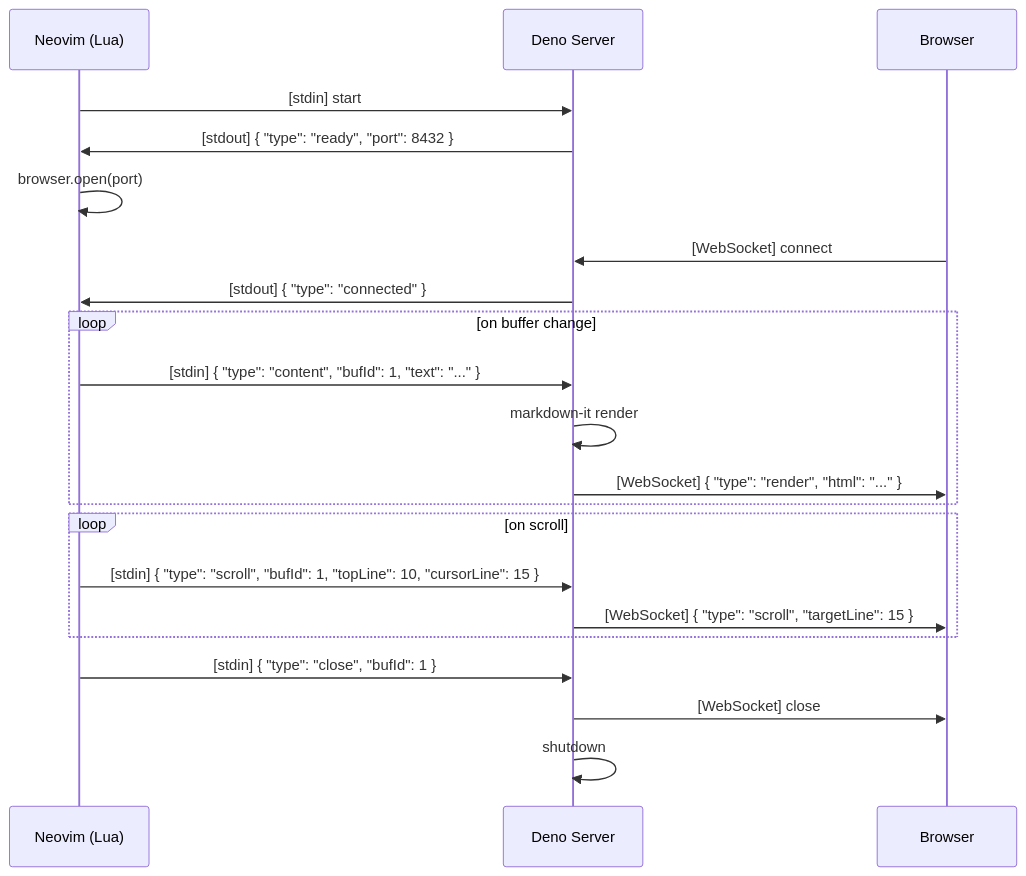
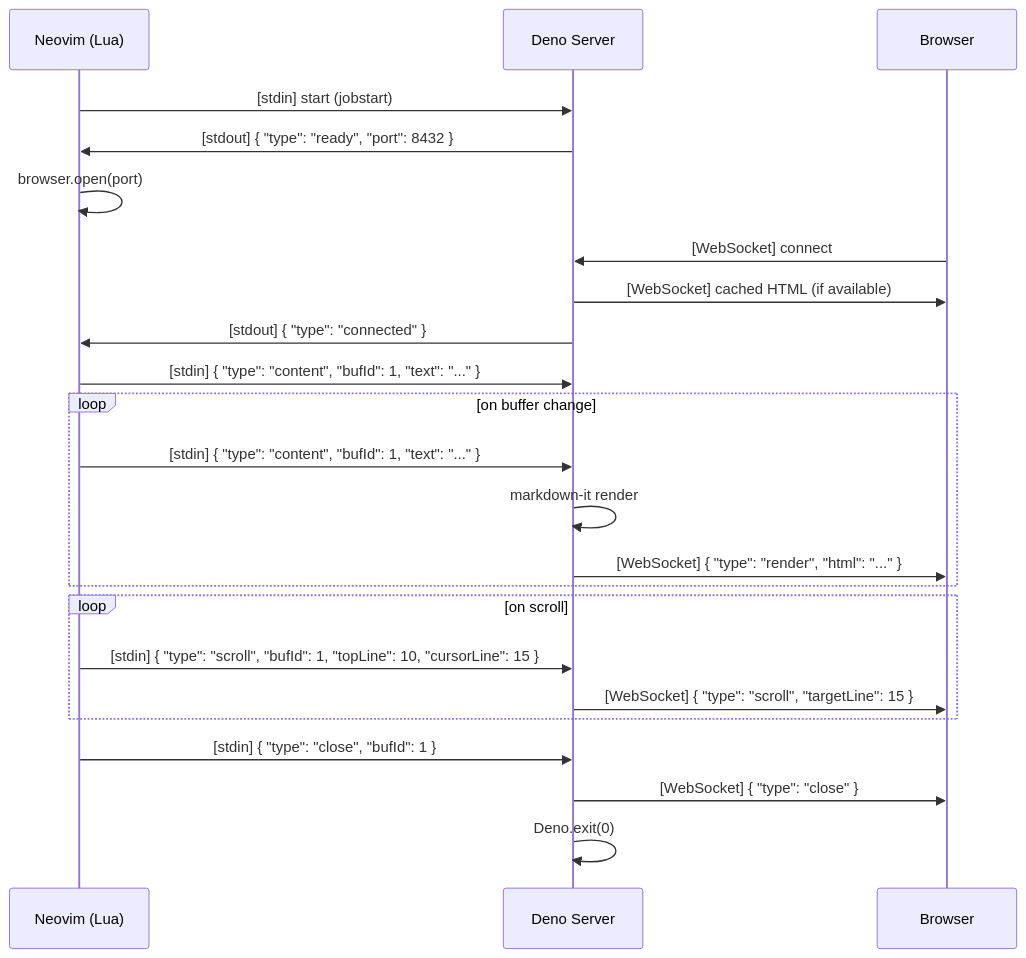
One commit to bun913/live-markdown.nvim changed the diagram in docs/step1-design.md. Above: the diagram before and after it, drawn with Mermaid. The commit also changed other lines of this file and 4 other files, not shown here.

````diff
--- a/docs/step1-design.md
+++ b/docs/step1-design.md
@@ -238,27 +236,29 @@
 ```mermaid
 sequenceDiagram
     participant N as Neovim (Lua)
     participant S as Deno Server
     participant B as Browser
 
-    N->>S: [stdin] start
+    N->>S: [stdin] start (jobstart)
     S->>N: [stdout] { "type": "ready", "port": 8432 }
     N->>N: browser.open(port)
     B->>S: [WebSocket] connect
+    S->>B: [WebSocket] cached HTML (if available)
     S->>N: [stdout] { "type": "connected" }
+    N->>S: [stdin] { "type": "content", "bufId": 1, "text": "..." }
 
     loop on buffer change
         N->>S: [stdin] { "type": "content", "bufId": 1, "text": "..." }
         S->>S: markdown-it render
         S->>B: [WebSocket] { "type": "render", "html": "..." }
     end
 
     loop on scroll
         N->>S: [stdin] { "type": "scroll", "bufId": 1, "topLine": 10, "cursorLine": 15 }
         S->>B: [WebSocket] { "type": "scroll", "targetLine": 15 }
     end
 
     N->>S: [stdin] { "type": "close", "bufId": 1 }
-    S->>B: [WebSocket] close
-    S->>S: shutdown
+    S->>B: [WebSocket] { "type": "close" }
+    S->>S: Deno.exit(0)
 ```
````
